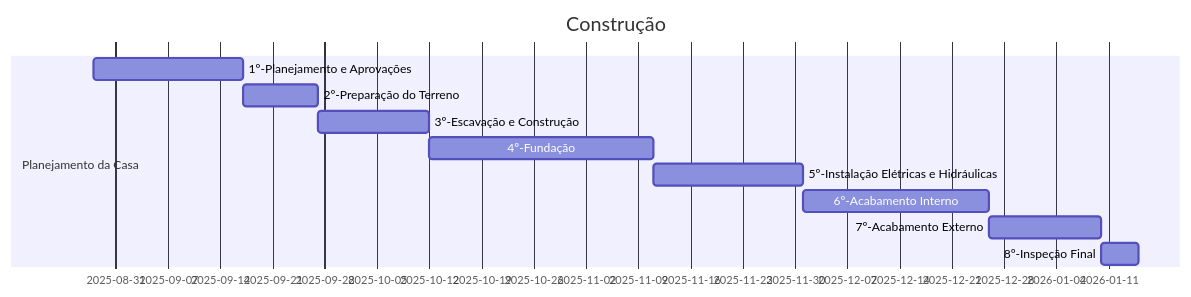
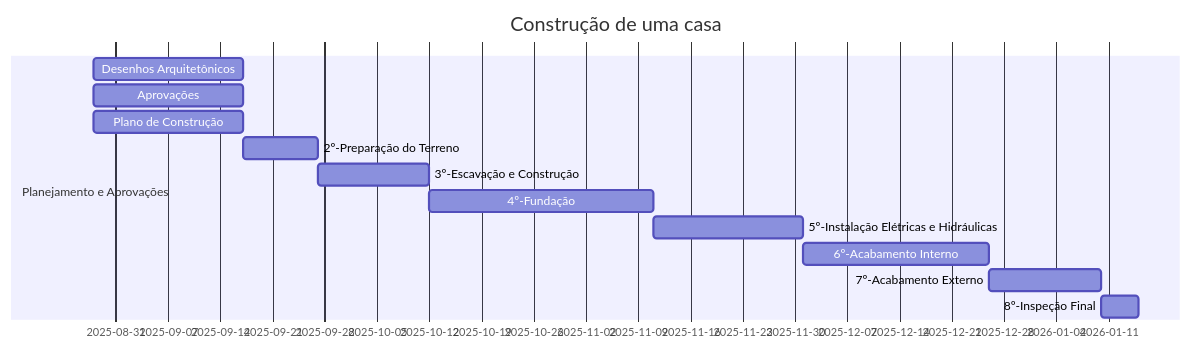
The diagram in README.md (AnandaMazine/Grafico-Gantt), drawn with Mermaid before and after one commit.

````diff
--- a/README.md
+++ b/README.md
@@ -1,15 +1,17 @@
 ```mermaid
 gantt
-title Construção
+title Construção de uma casa
 dateFormat YYYY-MM-DD
-section Planejamento da Casa
-1º-Planejamento e Aprovações:pa, 2025-08-28, 20d
+section Planejamento e Aprovações
+Desenhos Arquitetônicos:pa, 2025-08-28, 20d
+Aprovações:pa, 2025-08-28, 20d
+Plano de Construção:pa, 2025-08-28, 20d
 2º-Preparação do Terreno: pt, after pa, 10d
 3º-Escavação e Construção:ec, after pt, 15d
 4º-Fundação:fu, after ec, 30d
 5º-Instalação Elétricas e Hidráulicas:eh, after fu, 20d
 6º-Acabamento Interno:ai, after eh, 25d
 7º-Acabamento Externo:ae, after ai, 15d
 8º-Inspeção Final:if, after ae, 5d
 
 ```
````
